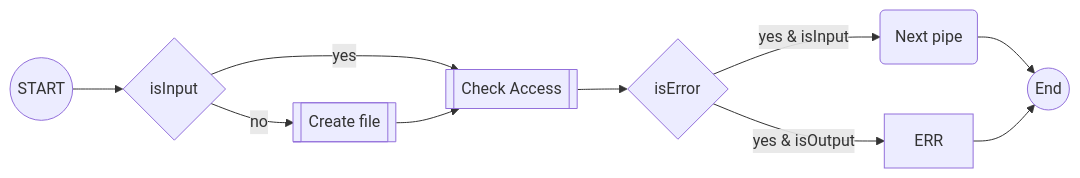
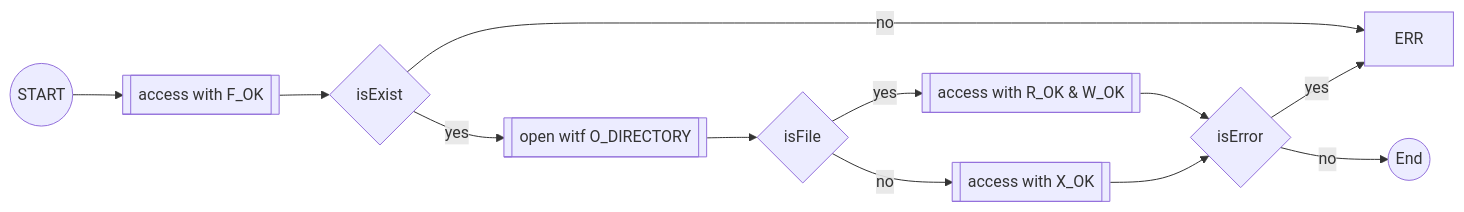
The second of 2 diagrams in README.md (BarrierAntho/42_pipex), drawn with Mermaid before and after one commit. The commit also changed other lines of this file, not shown here.

Commit message:
RDME - update content
BODY:
Rebuild the content and chapters

Add new chapter "How it works" to describe usage of new functions

TODO:
N/A

````diff
--- a/README.md
+++ b/README.md
@@ -101,21 +91,23 @@
 ```mermaid
 flowchart LR
     START((START))
     END((End))
-    NEXT(Next pipe)
-    ERR
-    IsInput{isInput}
     IsError{isError}
-    CreateFile[[Create file]]
-    CheckAccess[[Check Access]]
-    
-    
-    START --> IsInput
-    IsInput --> |no| CreateFile
-    IsInput --> |yes| CheckAccess
-    CreateFile --> CheckAccess
-    CheckAccess --> IsError
-    IsError --> |yes & isInput| NEXT
-    IsError --> |yes & isOutput| ERR
-    NEXT & ERR --> END
+    IsExist{isExist}
+    IsFile{isFile}
+    open[[open witf O_DIRECTORY]]
+    AccessExist[[access with F_OK]]
+    AccessFile[[access with R_OK & W_OK]]
+    AccessDir[[access with X_OK]]
+
+    START --> AccessExist
+    AccessExist --> IsExist
+    IsExist --> |no| ERR
+    IsExist --> |yes|open
+    open --> IsFile
+    IsFile --> |no| AccessDir
+    IsFile --> |yes| AccessFile
+    AccessFile & AccessDir --> IsError
+    IsError --> |no| END
+    IsError --> |yes| ERR
 ```
````
